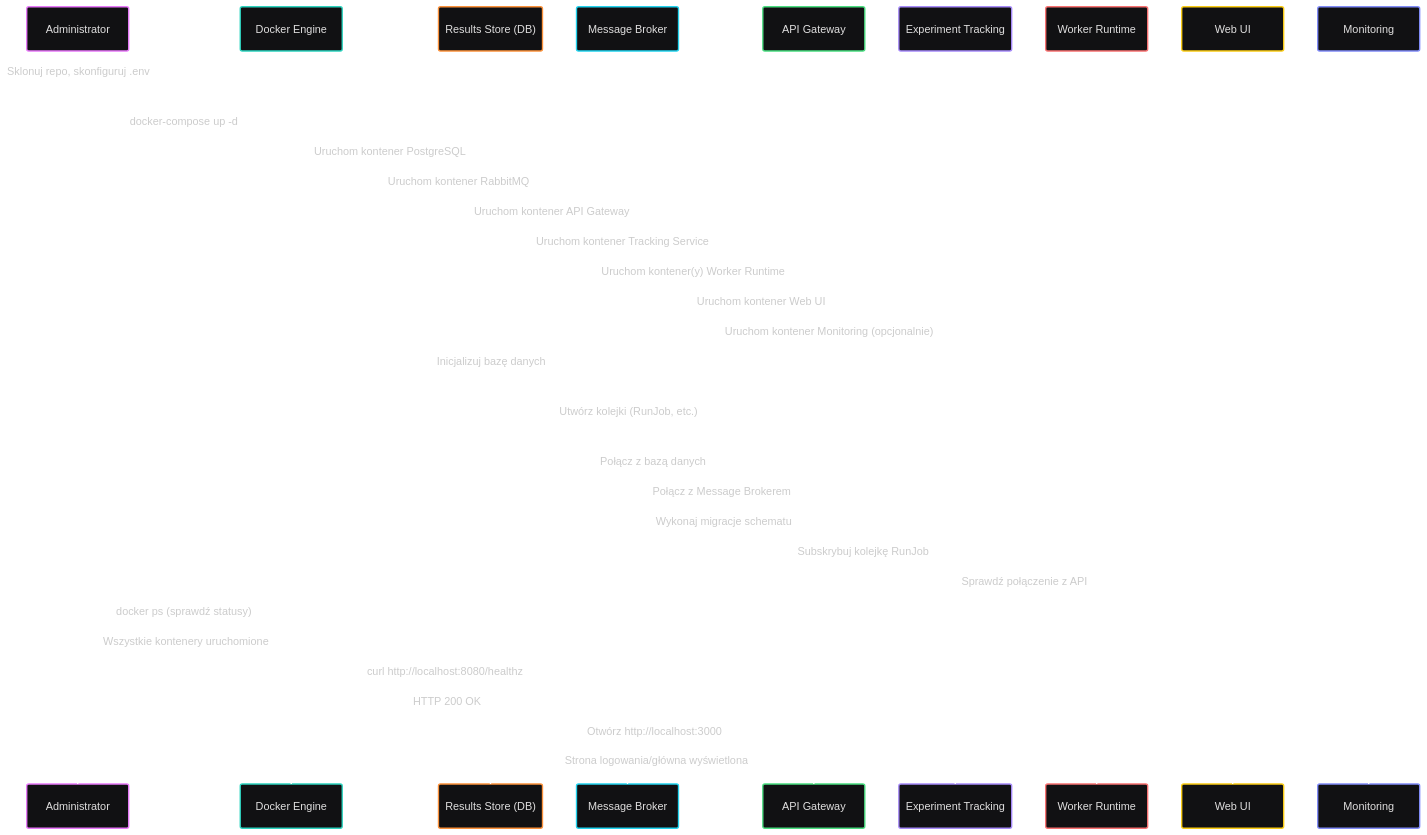
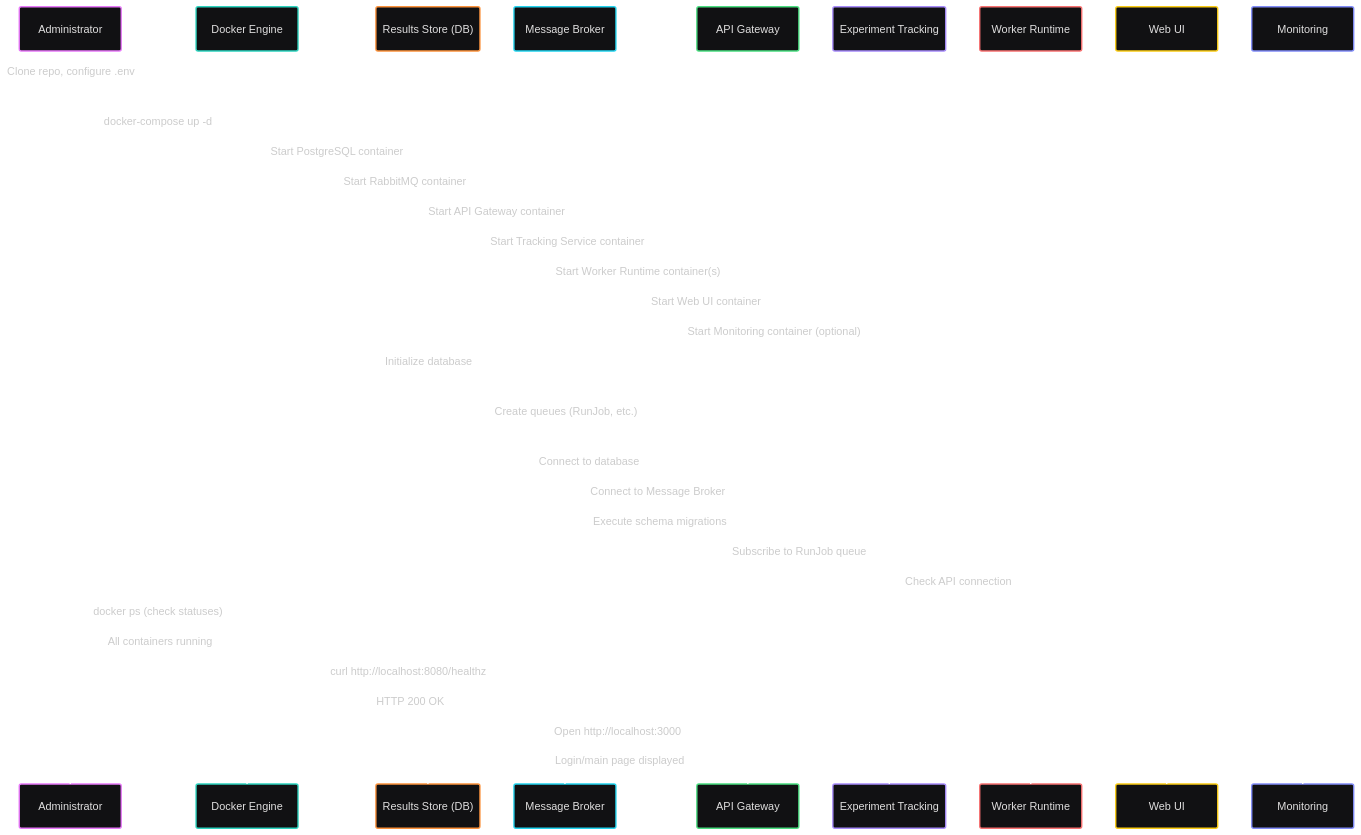
Diagram 23 of 33 in docs/requirements/use-cases.md (jedrzejpolaczek/aviarium.corvidae.corvus_corone), drawn with Mermaid before and after one commit. The commit also changed other lines of this file and 12 other files, not shown here.

````diff
--- a/docs/requirements/use-cases.md
+++ b/docs/requirements/use-cases.md
@@ -985,38 +985,38 @@
 ```mermaid
 ---
 config:
   theme: redux-dark-color
 ---
 sequenceDiagram
     participant A3 as Administrator
     participant Docker as Docker Engine
     participant DB as Results Store (DB)
     participant MB as Message Broker
     participant API as API Gateway
     participant ETS as Experiment Tracking
     participant WR as Worker Runtime
     participant UI as Web UI
     participant MON as Monitoring
-    A3->>A3: Sklonuj repo, skonfiguruj .env
+    A3->>A3: Clone repo, configure .env
     A3->>Docker: docker-compose up -d
-    Docker->>DB: Uruchom kontener PostgreSQL
-    Docker->>MB: Uruchom kontener RabbitMQ
-    Docker->>API: Uruchom kontener API Gateway
-    Docker->>ETS: Uruchom kontener Tracking Service
-    Docker->>WR: Uruchom kontener(y) Worker Runtime
-    Docker->>UI: Uruchom kontener Web UI
-    Docker->>MON: Uruchom kontener Monitoring (opcjonalnie)
-    DB->>DB: Inicjalizuj bazę danych
-    MB->>MB: Utwórz kolejki (RunJob, etc.)
-    API->>DB: Połącz z bazą danych
-    API->>MB: Połącz z Message Brokerem
-    ETS->>DB: Wykonaj migracje schematu
-    WR->>MB: Subskrybuj kolejkę RunJob
-    UI->>API: Sprawdź połączenie z API
-    A3->>Docker: docker ps (sprawdź statusy)
-    Docker-->>A3: Wszystkie kontenery uruchomione
+    Docker->>DB: Start PostgreSQL container
+    Docker->>MB: Start RabbitMQ container
+    Docker->>API: Start API Gateway container
+    Docker->>ETS: Start Tracking Service container
+    Docker->>WR: Start Worker Runtime container(s)
+    Docker->>UI: Start Web UI container
+    Docker->>MON: Start Monitoring container (optional)
+    DB->>DB: Initialize database
+    MB->>MB: Create queues (RunJob, etc.)
+    API->>DB: Connect to database
+    API->>MB: Connect to Message Broker
+    ETS->>DB: Execute schema migrations
+    WR->>MB: Subscribe to RunJob queue
+    UI->>API: Check API connection
+    A3->>Docker: docker ps (check statuses)
+    Docker-->>A3: All containers running
     A3->>API: curl http://localhost:8080/healthz
     API-->>A3: HTTP 200 OK
-    A3->>UI: Otwórz http://localhost:3000
-    UI-->>A3: Strona logowania/główna wyświetlona
+    A3->>UI: Open http://localhost:3000
+    UI-->>A3: Login/main page displayed
 ```
````
